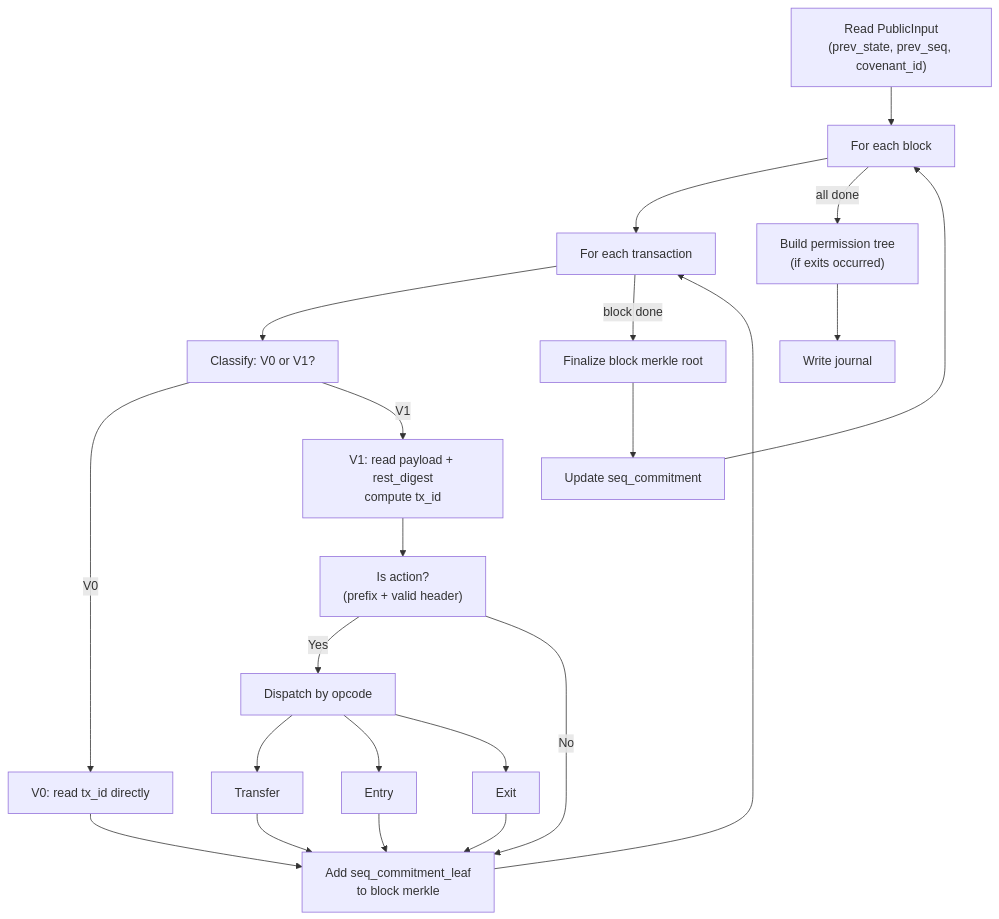
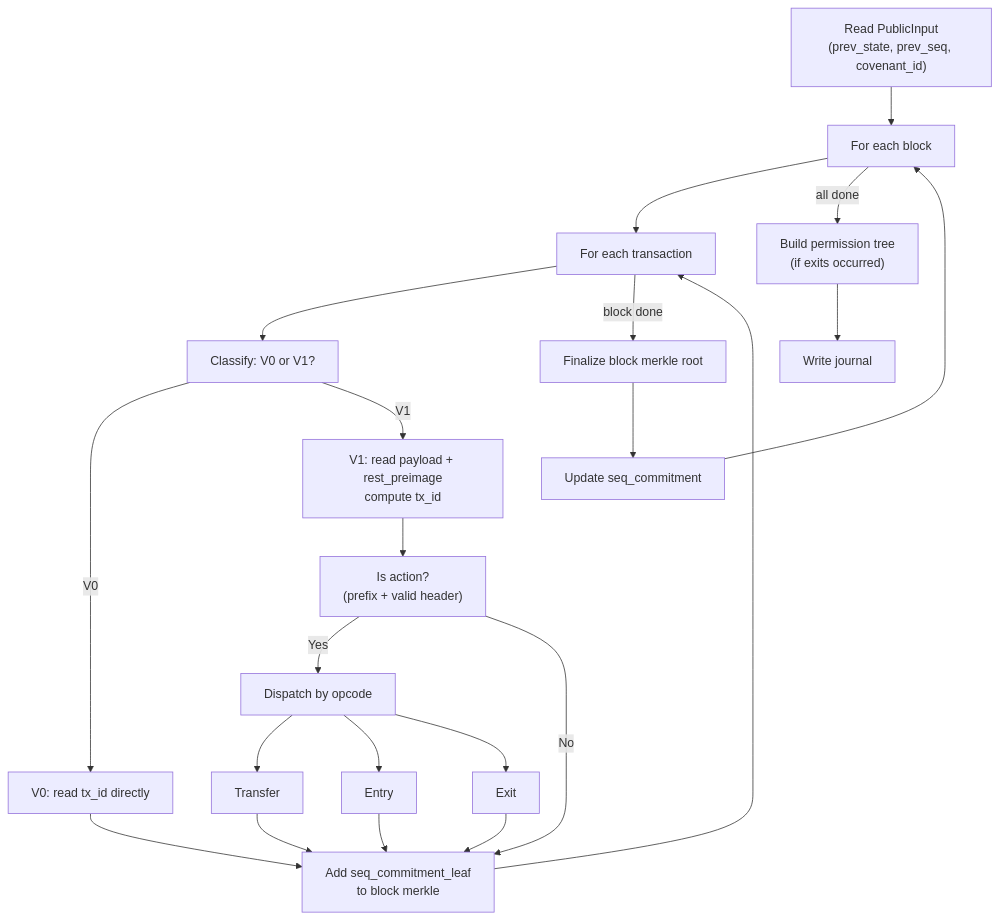
One commit to kaspanet/rusty-kaspa changed the first of 2 diagrams in examples/zk-covenant-rollup/book/src/ch05-guest-proof-pipeline.md. Above: the diagram before and after it, drawn with Mermaid. The commit also changed other lines of this file and 15 other files, not shown here.

````diff
--- a/examples/zk-covenant-rollup/book/src/ch05-guest-proof-pipeline.md
+++ b/examples/zk-covenant-rollup/book/src/ch05-guest-proof-pipeline.md
@@ -7,38 +7,38 @@
 ```mermaid
 flowchart TD
     INPUT["Read PublicInput<br/>(prev_state, prev_seq, covenant_id)"]
     BLOCKS["For each block"]
     TXS["For each transaction"]
     CLASSIFY["Classify: V0 or V1?"]
     V0["V0: read tx_id directly"]
-    V1["V1: read payload + rest_digest<br/>compute tx_id"]
+    V1["V1: read payload + rest_preimage<br/>compute tx_id"]
     ACTION["Is action?<br/>(prefix + valid header)"]
     DISPATCH["Dispatch by opcode"]
     TRANSFER["Transfer"]
     ENTRY["Entry"]
     EXIT["Exit"]
     MERKLE["Add seq_commitment_leaf<br/>to block merkle"]
     BLOCK_ROOT["Finalize block merkle root"]
     SEQ["Update seq_commitment"]
     PERM["Build permission tree<br/>(if exits occurred)"]
     JOURNAL["Write journal"]
 
     INPUT --> BLOCKS
     BLOCKS --> TXS
     TXS --> CLASSIFY
     CLASSIFY -->|V0| V0
     CLASSIFY -->|V1| V1
     V1 --> ACTION
     ACTION -->|Yes| DISPATCH
     ACTION -->|No| MERKLE
     DISPATCH --> TRANSFER --> MERKLE
     DISPATCH --> ENTRY --> MERKLE
     DISPATCH --> EXIT --> MERKLE
     V0 --> MERKLE
     MERKLE --> TXS
     TXS -->|block done| BLOCK_ROOT
     BLOCK_ROOT --> SEQ
     SEQ --> BLOCKS
     BLOCKS -->|all done| PERM
     PERM --> JOURNAL
 ```
````
